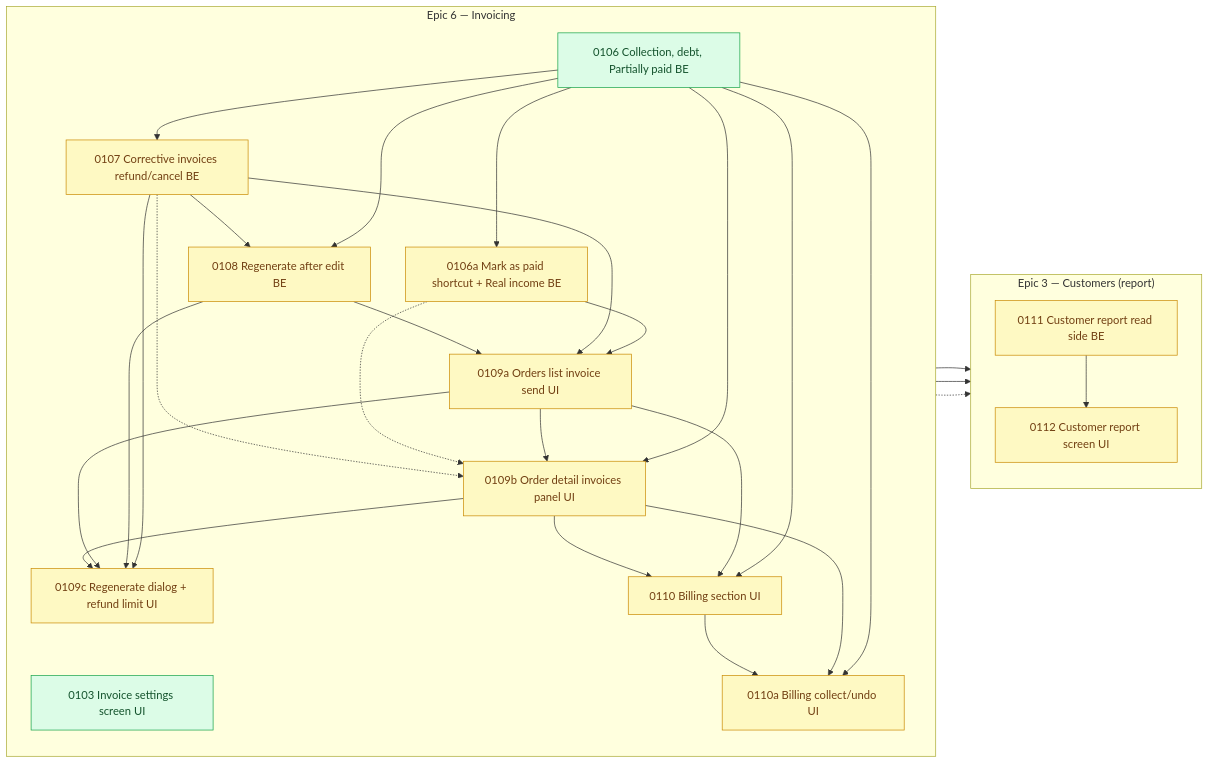
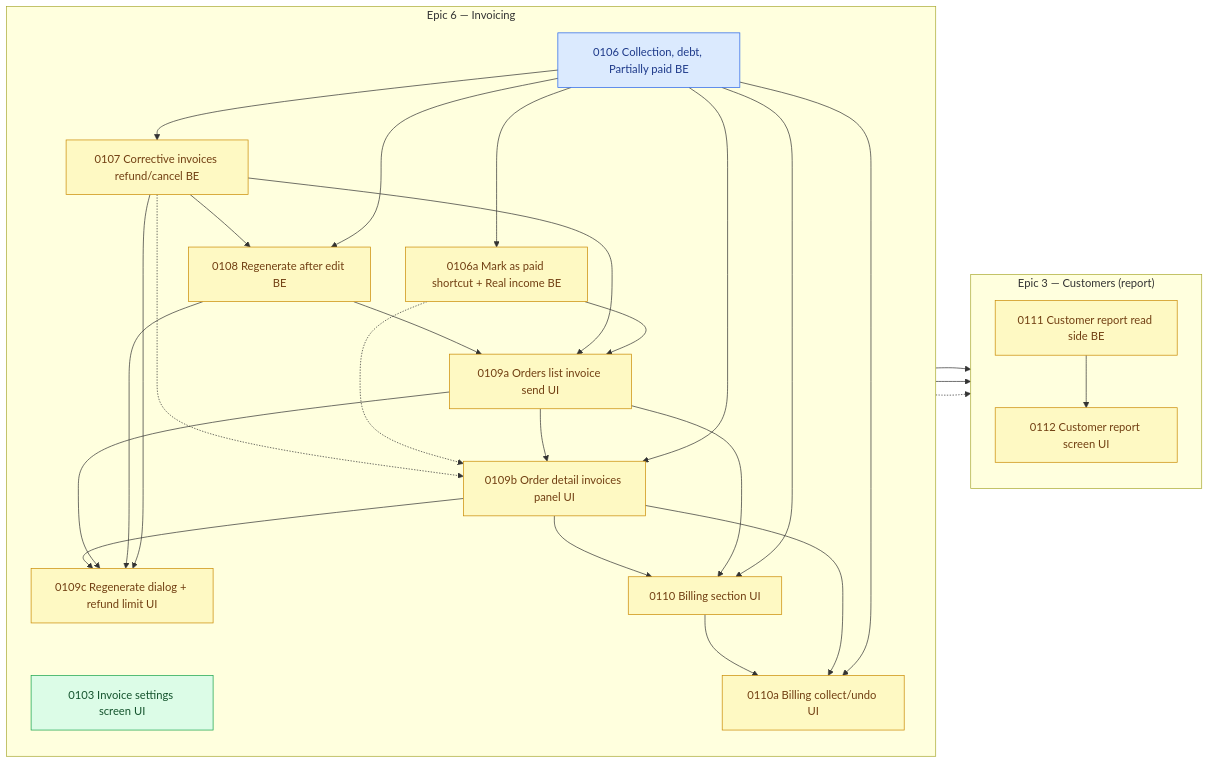
One commit to shojen/AI4Devs-finalproject changed the diagram in arospe/ai-spec/tasks-map.md. Above: the diagram before and after it, drawn with Mermaid. The commit also changed other lines of this file and 11 other files, not shown here.

````diff
--- a/arospe/ai-spec/tasks-map.md
+++ b/arospe/ai-spec/tasks-map.md
@@ -823,6 +825,7 @@
     %% Shared-file risk with the stock dialogs (no dependency): see the update note at the top.
     %% (P0104 --> P0105/P0109a/P0109b/P0110 dropped: 0104 closed to done/ 2026-11-19; 0105 is now ready, no node is `claimed`.)
     %% (P0102 --> P0103/P0104/P0109b/P0110 dropped: 0102 closed to done/ 2026-11-19; 0103 and 0104 are now ready.)
-    class P0103,P0106 ready;
+    class P0103 ready;
+    class P0106 claimed;
     class P0106a,P0107,P0108,P0109a,P0109b,P0109c,P0110,P0110a,P0111,P0112 pending;
 ```
````
